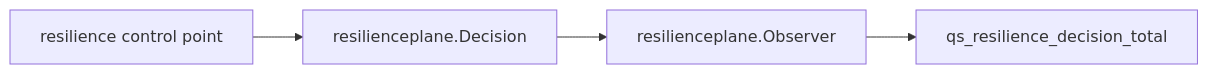
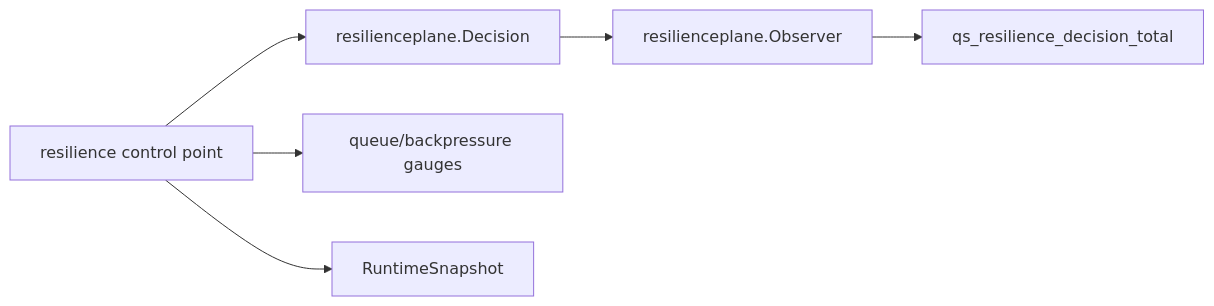
Before and after one commit to FangcunMount/qs-server: the second of 2 diagrams in docs/03-基础设施/resilience/05-观测降级与排障.md, drawn with Mermaid. The commit also changed other lines of this file and 8 other files, not shown here.

````diff
--- a/docs/03-基础设施/resilience/05-观测降级与排障.md
+++ b/docs/03-基础设施/resilience/05-观测降级与排障.md
@@ -42,9 +43,13 @@
 ```mermaid
 flowchart LR
     code["resilience control point"]
     decision["resilienceplane.Decision"]
     observer["resilienceplane.Observer"]
     prom["qs_resilience_decision_total"]
+    gauges["queue/backpressure gauges"]
+    status["RuntimeSnapshot"]
 
     code --> decision --> observer --> prom
+    code --> gauges
+    code --> status
 ```
````
